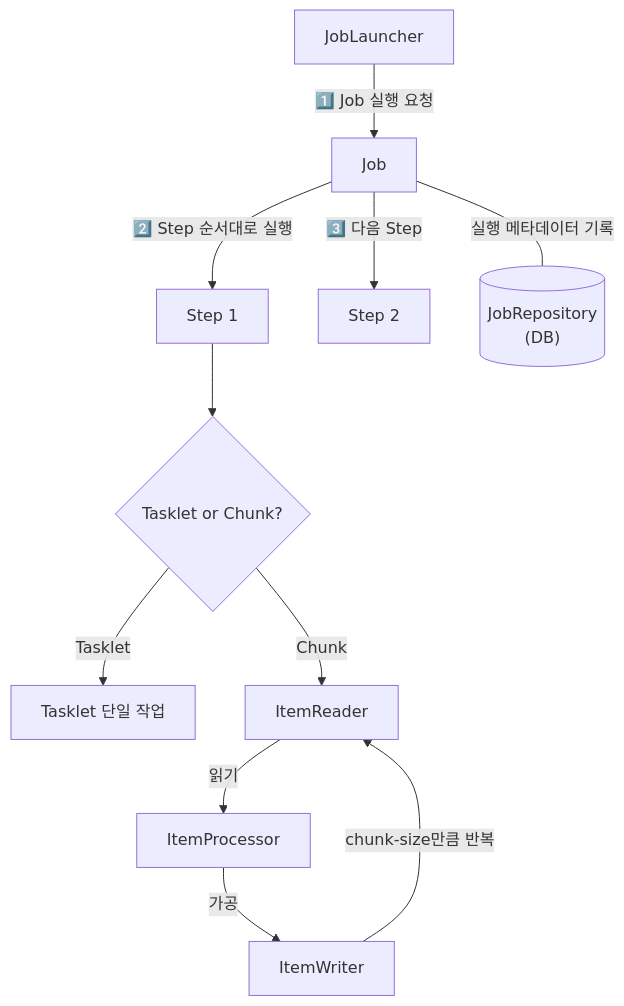
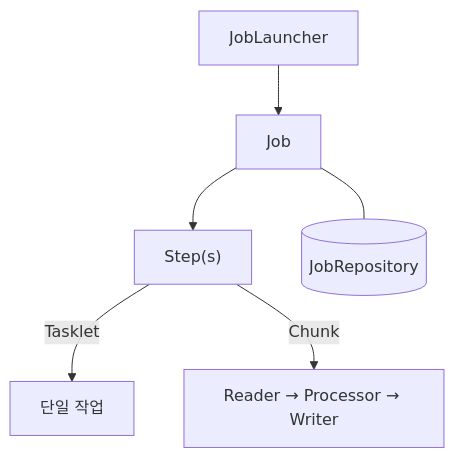
Before and after one commit to yjkim2015/yjkim2015.github.io: the first of 5 diagrams in _posts/batch/2026-05-03-spring-batch-fundamentals.md, drawn with Mermaid. The commit also changed other lines of this file and 215 other files, not shown here.

First line of the commit message:
신규 포스트 10개 추가 + Mermaid 전면 축소 + SystemDesign 시리즈 보강

````diff
--- a/_posts/batch/2026-05-03-spring-batch-fundamentals.md
+++ b/_posts/batch/2026-05-03-spring-batch-fundamentals.md
@@ -32,13 +32,8 @@
 ```mermaid
 flowchart TD
-    A["JobLauncher"] -->|"1️⃣ Job 실행 요청"| B["Job"]
-    B -->|"2️⃣ Step 순서대로 실행"| C["Step 1"]
-    B -->|"3️⃣ 다음 Step"| D["Step 2"]
-    C --> E{"Tasklet or Chunk?"}
-    E -->|"Tasklet"| F["Tasklet 단일 작업"]
-    E -->|"Chunk"| G["ItemReader"]
-    G -->|"읽기"| H["ItemProcessor"]
-    H -->|"가공"| I["ItemWriter"]
-    I -->|"chunk-size만큼 반복"| G
-    B ---|"실행 메타데이터 기록"| J[("JobRepository\n(DB)")]
+    A["JobLauncher"] --> B["Job"]
+    B --> C["Step(s)"]
+    C -->|"Tasklet"| F["단일 작업"]
+    C -->|"Chunk"| G["Reader → Processor → Writer"]
+    B --- J[("JobRepository")]
 ```
````
